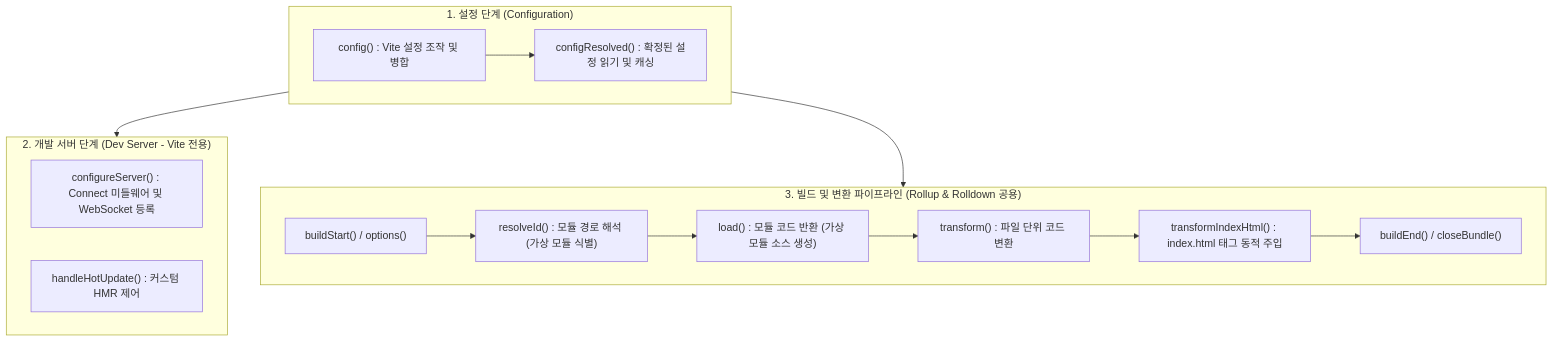
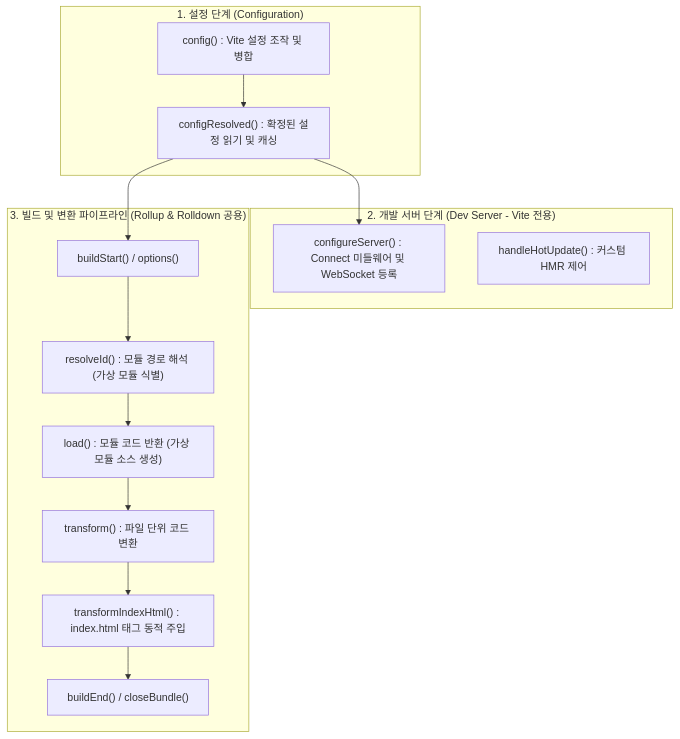
The second of 2 diagrams in _posts/Vite/2026-10-11-vite-plugin-architecture-and-examples.md (cmsong111/blog), drawn with Mermaid before and after one commit. The commit also changed other lines of this file and 96 other files, not shown here.

````diff
--- a/_posts/Vite/2026-10-11-vite-plugin-architecture-and-examples.md
+++ b/_posts/Vite/2026-10-11-vite-plugin-architecture-and-examples.md
@@ -91,27 +90,23 @@
 ```mermaid
 flowchart TD
     subgraph ConfigPhase["1. 설정 단계 (Configuration)"]
         H_config["config() : Vite 설정 조작 및 병합"]
         H_configResolved["configResolved() : 확정된 설정 읽기 및 캐싱"]
         H_config --> H_configResolved
     end
-
     subgraph DevServerPhase["2. 개발 서버 단계 (Dev Server - Vite 전용)"]
         H_configureServer["configureServer() : Connect 미들웨어 및 WebSocket 등록"]
         H_handleHotUpdate["handleHotUpdate() : 커스텀 HMR 제어"]
     end
-
     subgraph BuildPipelinePhase["3. 빌드 및 변환 파이프라인 (Rollup & Rolldown 공용)"]
         H_options["buildStart() / options()"]
         H_resolveId["resolveId() : 모듈 경로 해석 (가상 모듈 식별)"]
         H_load["load() : 모듈 코드 반환 (가상 모듈 소스 생성)"]
         H_transform["transform() : 파일 단위 코드 변환"]
         H_transformIndexHtml["transformIndexHtml() : index.html 태그 동적 주입"]
         H_closeBundle["buildEnd() / closeBundle()"]
-
         H_options --> H_resolveId --> H_load --> H_transform --> H_transformIndexHtml --> H_closeBundle
     end
-
-    ConfigPhase --> DevServerPhase
-    ConfigPhase --> BuildPipelinePhase
+    H_configResolved --> H_configureServer
+    H_configResolved --> H_options
 ```
````
